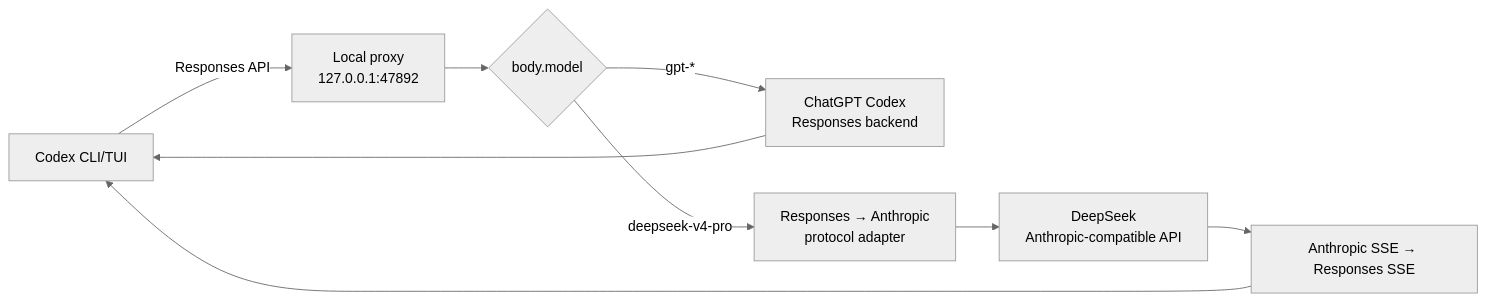
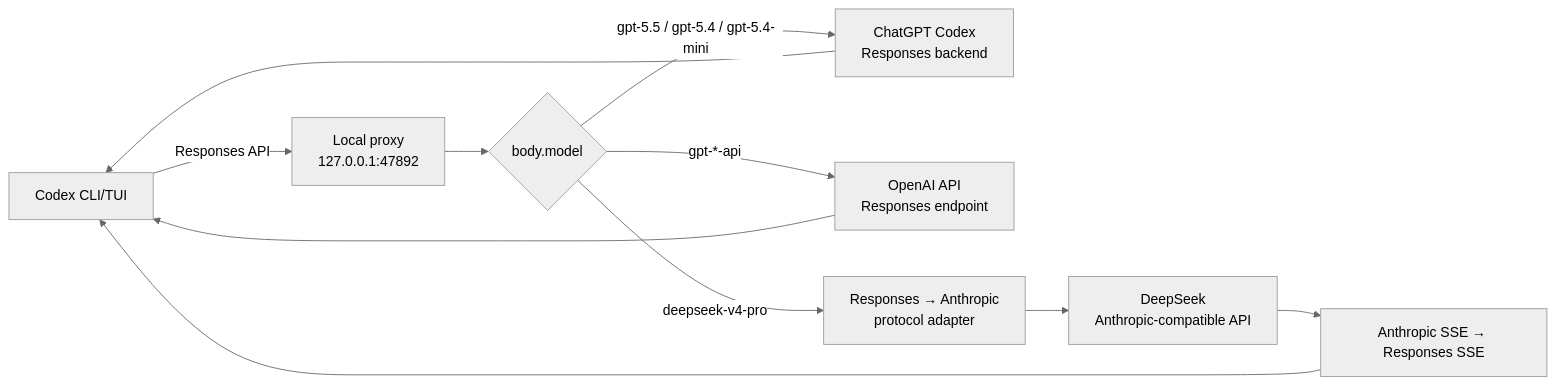
The diagram in README.md (OscarYi9527/codex_proxy), drawn with Mermaid (neutral theme) before and after one commit. The commit also changed other lines of this file and 6 other files, not shown here.

Commit message:
Add GPT API model variants

````diff
--- a/README.md
+++ b/README.md
@@ -22,11 +23,13 @@
 ```mermaid
 flowchart LR
     C[Codex CLI/TUI] -->|Responses API| P[Local proxy<br/>127.0.0.1:47892]
     P --> M{body.model}
-    M -->|gpt-*| G[ChatGPT Codex<br/>Responses backend]
+    M -->|gpt-5.5 / gpt-5.4 / gpt-5.4-mini| G[ChatGPT Codex<br/>Responses backend]
+    M -->|gpt-*-api| O[OpenAI API<br/>Responses endpoint]
     M -->|deepseek-v4-pro| T[Responses → Anthropic<br/>protocol adapter]
     T --> D[DeepSeek<br/>Anthropic-compatible API]
     D --> T2[Anthropic SSE → Responses SSE]
     T2 --> C
     G --> C
+    O --> C
 ```
````
